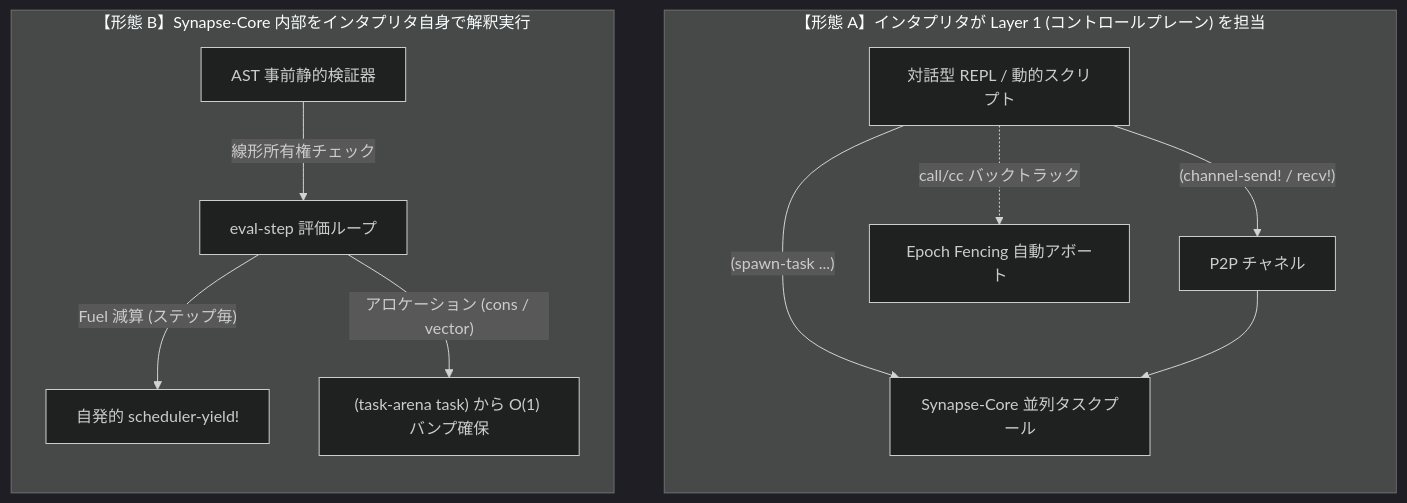
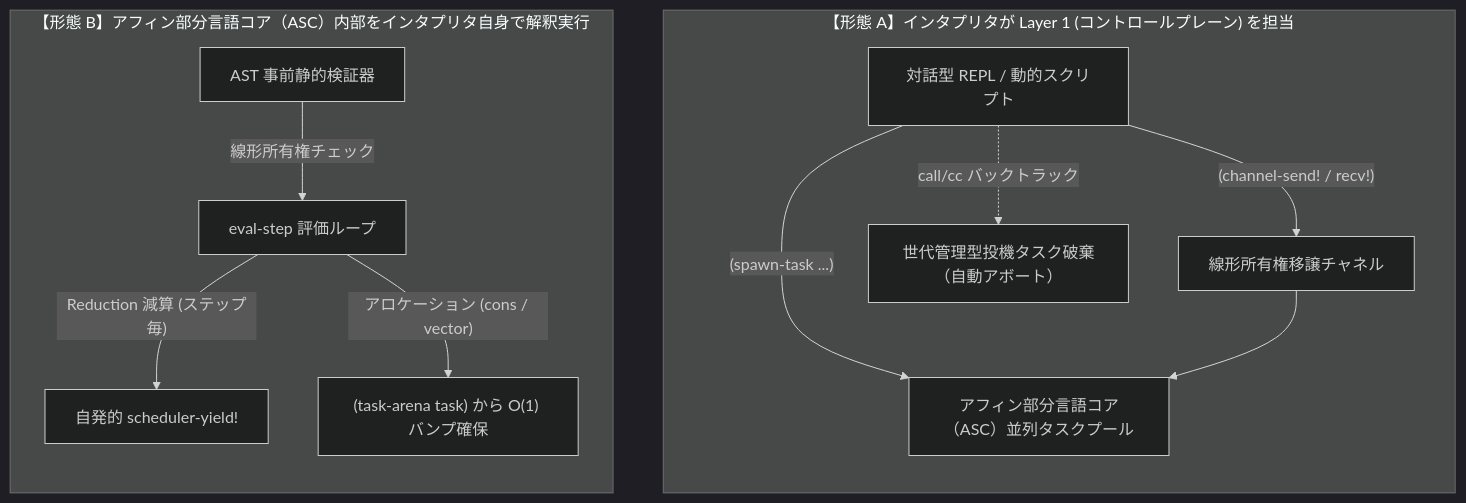
The sixth of 8 diagrams in docs/designs/DSN-37-synapse_dual_plane_concurrent_runtime_architecture.md (rokujyouhitoma/arxiv-security-papers), drawn with Mermaid (dark theme) before and after one commit. The commit also changed other lines of this file and 19 other files, not shown here.

First line of the commit message:
docs(dsn-37): standardize architecture terminology to standard CS concepts

````diff
--- a/docs/designs/DSN-37-synapse_dual_plane_concurrent_runtime_architecture.md
+++ b/docs/designs/DSN-37-synapse_dual_plane_concurrent_runtime_architecture.md
@@ -531,17 +531,17 @@
 ```mermaid
 flowchart TD
     subgraph ModeA ["【形態 A】インタプリタが Layer 1 (コントロールプレーン) を担当"]
         direction TB
-        REPL["対話型 REPL / 動的スクリプト"] -->|"(spawn-task ...)"| CorePool["Synapse-Core 並列タスクプール"]
-        REPL -->|"(channel-send! / recv!)"| Chan["P2P チャネル"]
+        REPL["対話型 REPL / 動的スクリプト"] -->|"(spawn-task ...)"| CorePool["アフィン部分言語コア（ASC）並列タスクプール"]
+        REPL -->|"(channel-send! / recv!)"| Chan["線形所有権移譲チャネル"]
         Chan --> CorePool
-        REPL -.->|"call/cc バックトラック"| Fence["Epoch Fencing 自動アボート"]
+        REPL -.->|"call/cc バックトラック"| Fence["世代管理型投機タスク破棄（自動アボート）"]
     end
 
-    subgraph ModeB ["【形態 B】Synapse-Core 内部をインタプリタ自身で解釈実行"]
+    subgraph ModeB ["【形態 B】アフィン部分言語コア（ASC）内部をインタプリタ自身で解釈実行"]
         direction TB
-        EvalLoop["eval-step 評価ループ"] -->|"Fuel 減算 (ステップ毎)"| Yield["自発的 scheduler-yield!"]
+        EvalLoop["eval-step 評価ループ"] -->|"Reduction 減算 (ステップ毎)"| Yield["自発的 scheduler-yield!"]
         EvalLoop -->|"アロケーション (cons / vector)"| Bump["(task-arena task) から O(1) バンプ確保"]
         Lint["AST 事前静的検証器"] -->|"線形所有権チェック"| EvalLoop
     end
 ```
````
